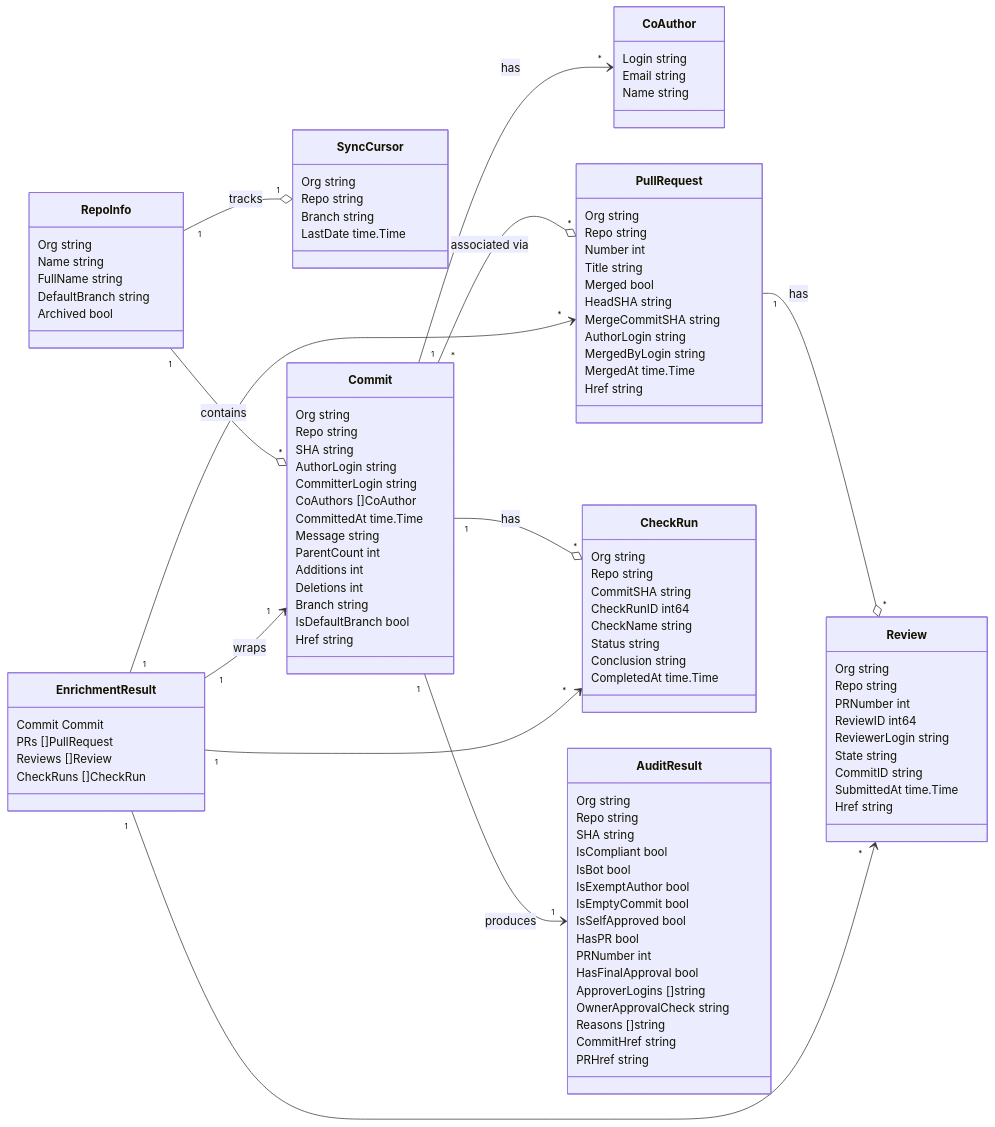
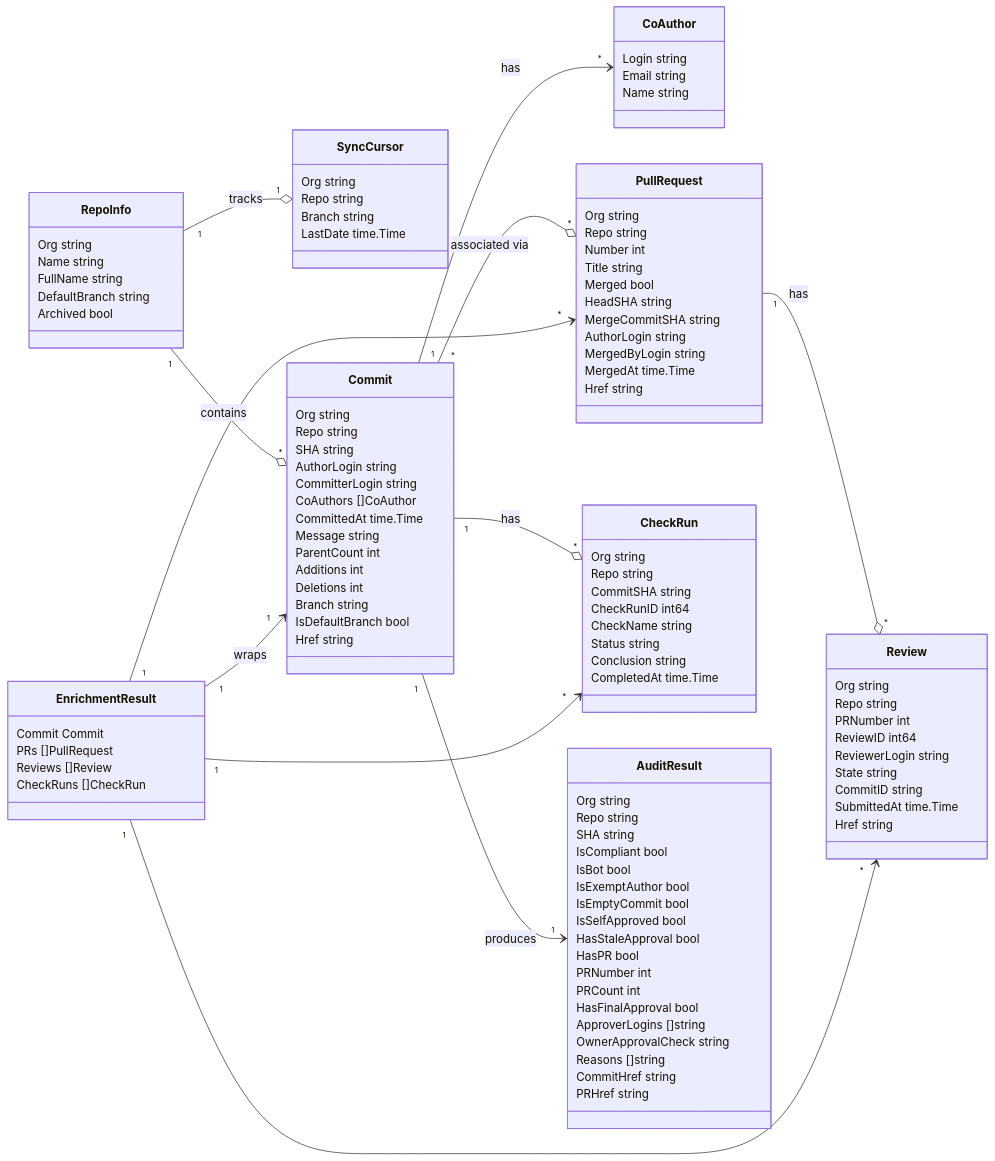
The diagram in internal/model/README.md (stefanpenner/gh-audit), drawn with Mermaid before and after one commit. The commit also changed 10 other files, not shown here.

```diff
--- a/internal/model/README.md
+++ b/internal/model/README.md
@@ -99,8 +99,10 @@
         IsExemptAuthor bool
         IsEmptyCommit bool
         IsSelfApproved bool
+        HasStaleApproval bool
         HasPR bool
         PRNumber int
+        PRCount int
         HasFinalApproval bool
         ApproverLogins []string
         OwnerApprovalCheck string
```
